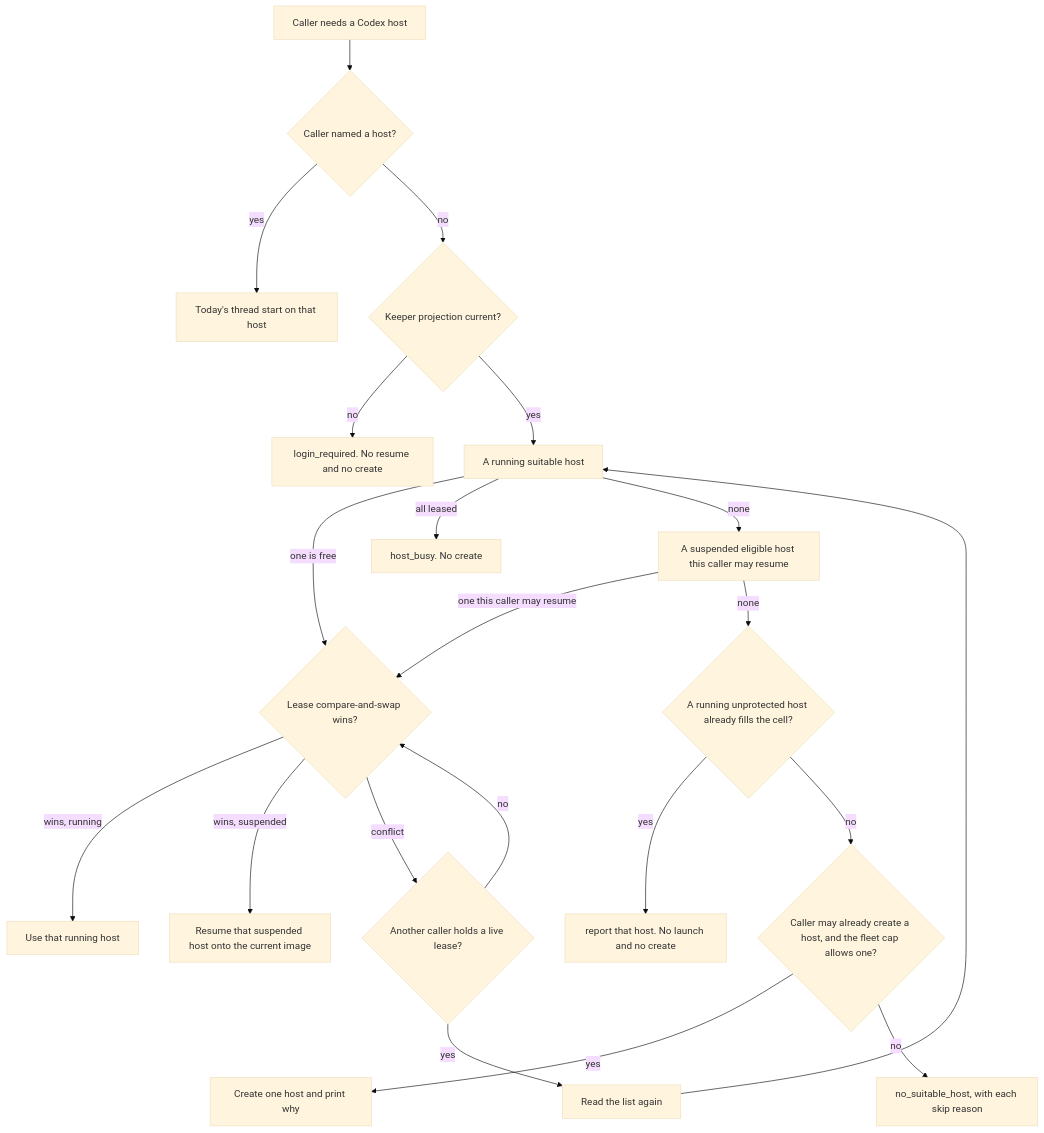
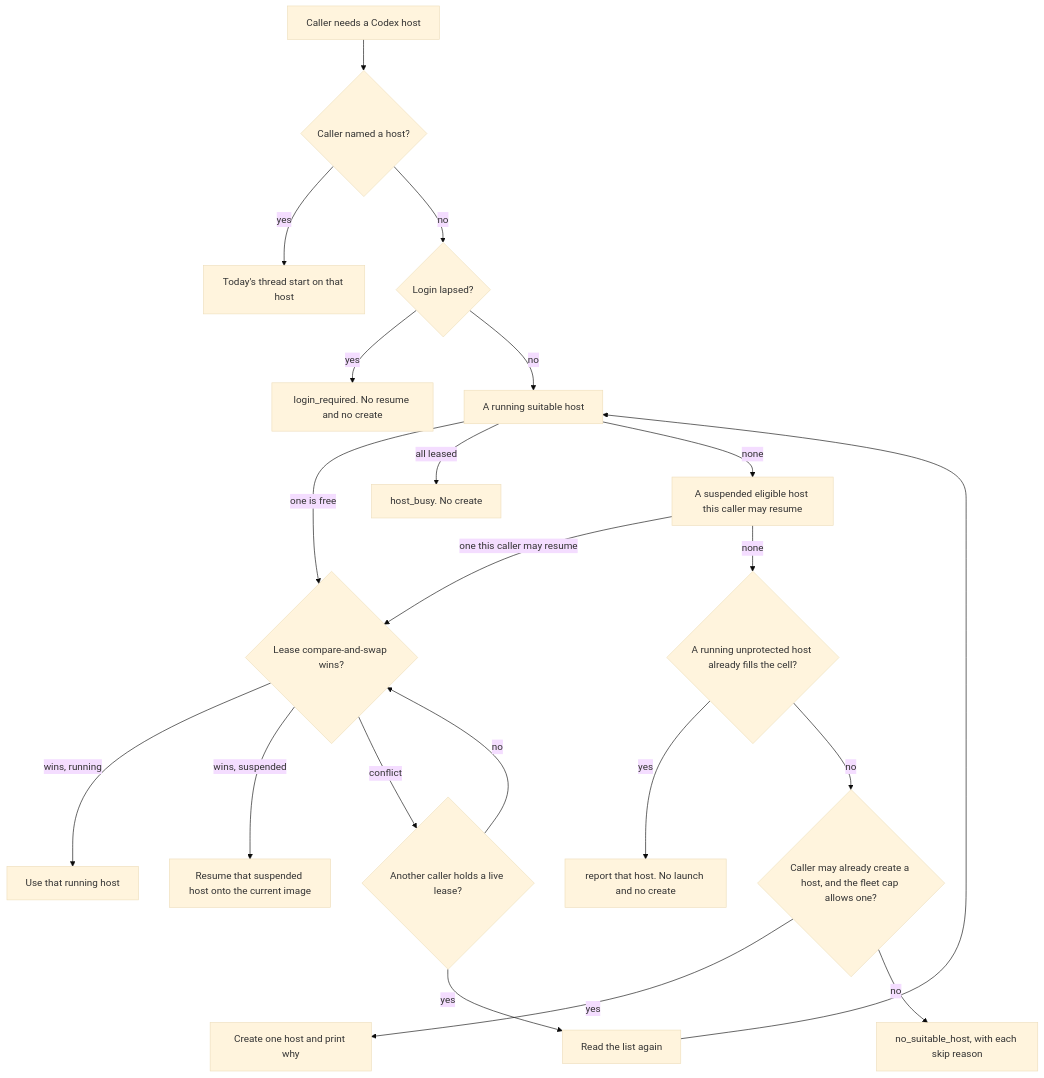
The diagram in .agents/sagas/distributed-dev-env/designs/063-reuse-paired-codex-hosts.md (thaynes43/dev-env), drawn with Mermaid (base theme) before and after one commit. The commit also changed other lines of this file and 19 other files, not shown here.

````diff
--- a/.agents/sagas/distributed-dev-env/designs/063-reuse-paired-codex-hosts.md
+++ b/.agents/sagas/distributed-dev-env/designs/063-reuse-paired-codex-hosts.md
@@ -447,40 +452,40 @@
 ```mermaid
 flowchart TD
   need[Caller needs a Codex host]
   named{Caller named a host?}
   asIs[Today's thread start on that host]
-  login{Keeper projection current?}
+  login{Login lapsed?}
   stopLogin[login_required. No resume and no create]
   running[A running suitable host]
   suspended[A suspended eligible host this caller may resume]
   cell{A running unprotected host already fills the cell?}
   report[report that host. No launch and no create]
   createOk{Caller may already create a host, and the fleet cap allows one?}
   created[Create one host and print why]
   none[no_suitable_host, with each skip reason]
   won{Lease compare-and-swap wins?}
   held{Another caller holds a live lease?}
   use[Use that running host]
   resume[Resume that suspended host onto the current image]
   again[Read the list again]
   need --> named
   named -->|yes| asIs
   named -->|no| login
-  login -->|no| stopLogin
-  login -->|yes| running
+  login -->|yes| stopLogin
+  login -->|no| running
   running -->|one is free| won
   running -->|all leased| busy[host_busy. No create]
   running -->|none| suspended
   suspended -->|one this caller may resume| won
   suspended -->|none| cell
   cell -->|yes| report
   cell -->|no| createOk
   createOk -->|yes| created
   createOk -->|no| none
   won -->|wins, running| use
   won -->|wins, suspended| resume
   won -->|conflict| held
   held -->|no| won
   held -->|yes| again
   again --> running
 ```
````
